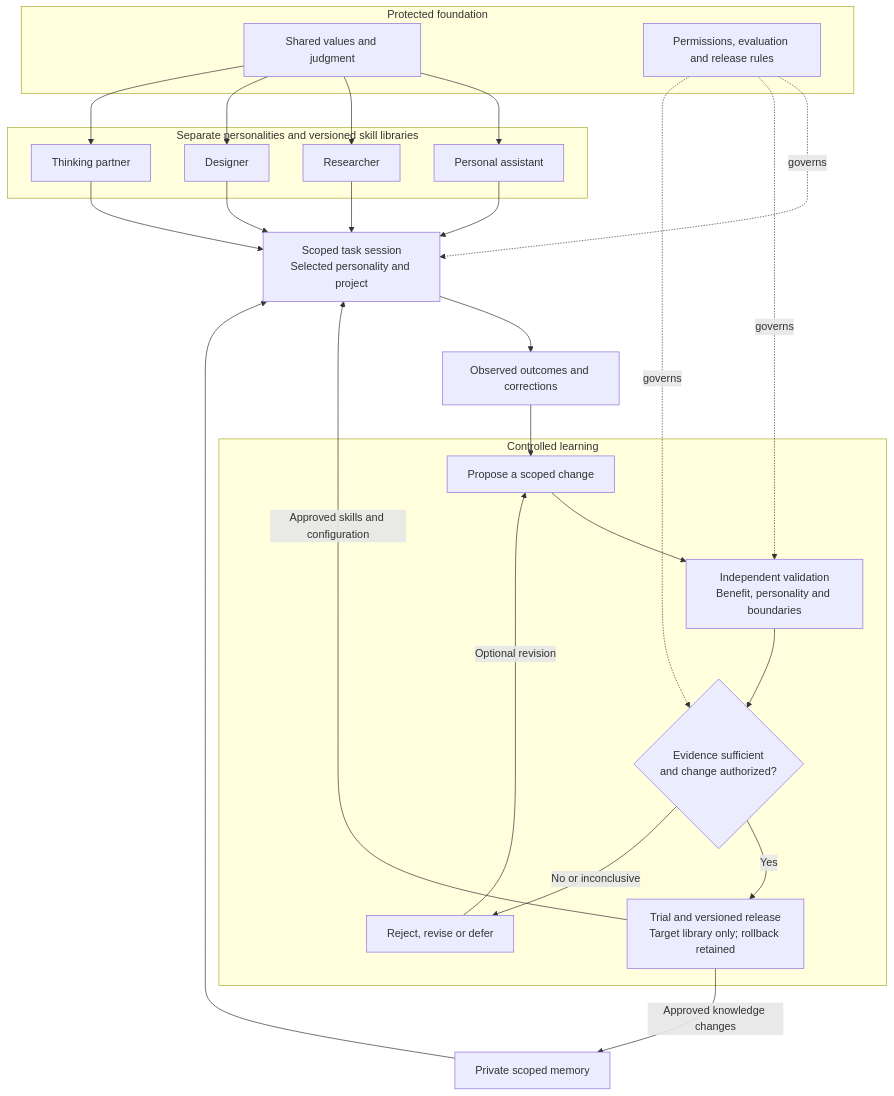
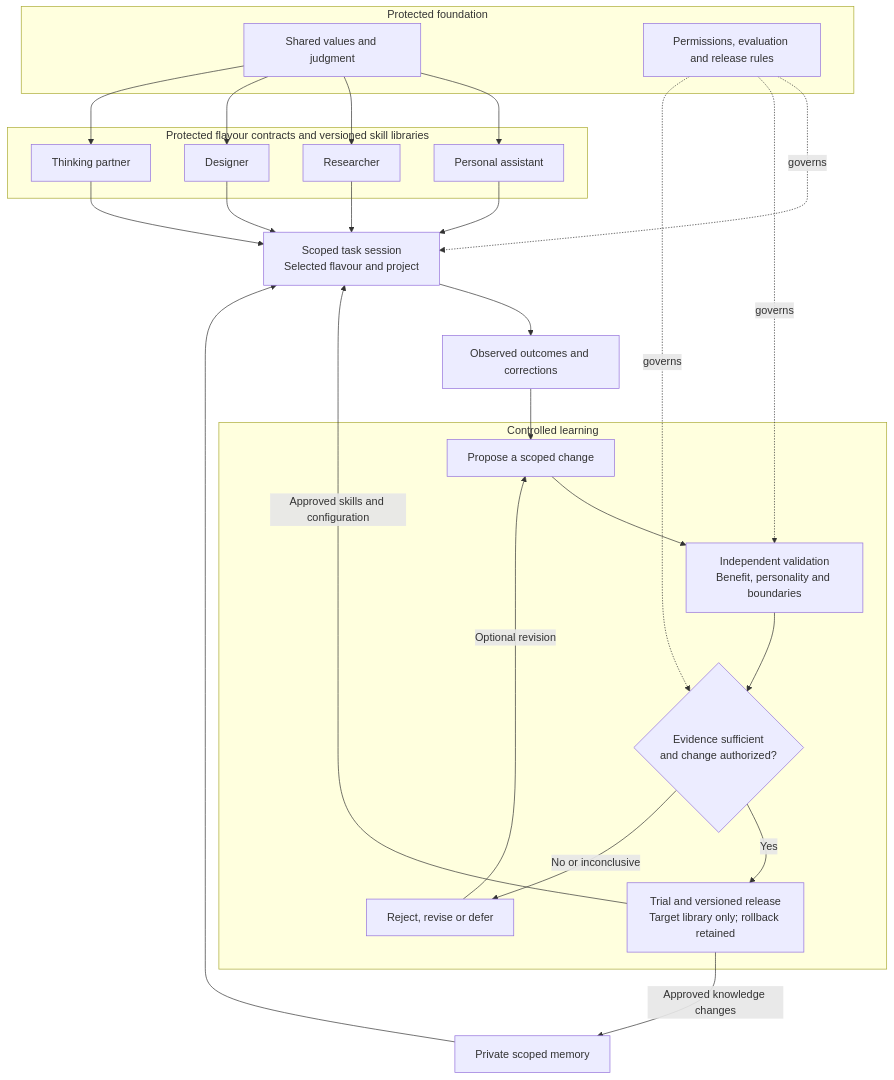
The diagram in README.md (akaiyol/daphnie), drawn with Mermaid before and after one commit. The commit also changed other lines of this file and 59 other files, not shown here.

````diff
--- a/README.md
+++ b/README.md
@@ -13,41 +17,41 @@
 ```mermaid
 flowchart TB
   subgraph Foundation[Protected foundation]
     Core[Shared values and judgment]
     Controls[Permissions, evaluation and release rules]
   end
-  subgraph Flavours[Separate personalities and versioned skill libraries]
+  subgraph Flavours[Protected flavour contracts and versioned skill libraries]
     A[Personal assistant]
     R[Researcher]
     D[Designer]
     T[Thinking partner]
   end
   Core --> A
   Core --> R
   Core --> D
   Core --> T
   A --> Work
   R --> Work
   D --> Work
   T --> Work
-  Work[Scoped task session<br/>Selected personality and project]
+  Work[Scoped task session<br/>Selected flavour and project]
   Memory[Private scoped memory] --> Work
   Work --> Evidence[Observed outcomes and corrections]
   subgraph Learning[Controlled learning]
     Candidate[Propose a scoped change]
     Validate[Independent validation<br/>Benefit, personality and boundaries]
     Gate{Evidence sufficient<br/>and change authorized?}
     Release[Trial and versioned release<br/>Target library only; rollback retained]
     Hold[Reject, revise or defer]
     Candidate --> Validate --> Gate
     Gate -->|Yes| Release
     Gate -->|No or inconclusive| Hold
     Hold -->|Optional revision| Candidate
   end
   Evidence --> Candidate
   Release -->|Approved skills and configuration| Work
   Release -->|Approved knowledge changes| Memory
   Controls -. governs .-> Work
   Controls -. governs .-> Validate
   Controls -. governs .-> Gate
 ```
````
